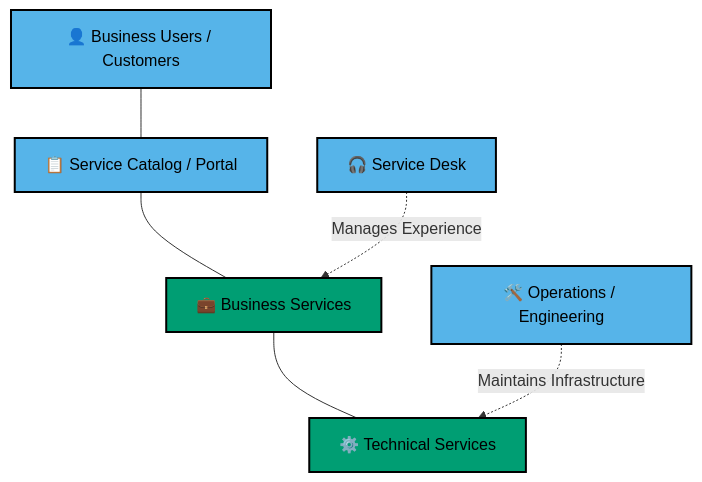
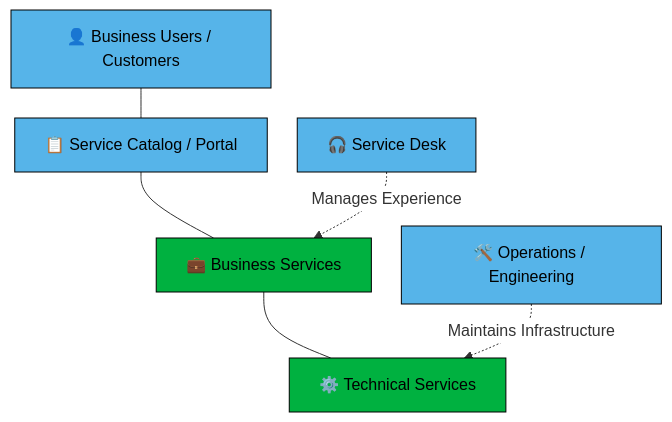
One commit to Hornbill-Docs/servicemanager-user-guide changed the diagram in servicemanager-user-guide/service-portfolio/services/overview.md. Above: the diagram before and after it, drawn with Mermaid. The commit also changed other lines of this file and 1 other file, not shown here.

Commit message:
Services overview
Improvements to colours and sizing of the mermaid diagram.

````diff
--- a/servicemanager-user-guide/service-portfolio/services/overview.md
+++ b/servicemanager-user-guide/service-portfolio/services/overview.md
@@ -23,33 +9,34 @@
 ```mermaid
+%%{init: {'flowchart': {'nodeSpacing': 30, 'rankSpacing': 30}, 'themeVariables': { 'edgeLabelBackground': '#ffffff' }}}%%
 graph TD
     %% User Layer
-    CU["👤 Business Users / Customers"]
+    CU["`👤 Business Users / Customers`"]
 
     %% Access Layer
-    SC["📋 Service Catalog / Portal"]
+    SC["`📋 Service Catalog / Portal`"]
 
     %% Service Layer
-    BS["💼 Business Services"]
-    TS["⚙️ Technical Services"]
+    BS["`💼 Business Services`"]
+    TS["`⚙️ Technical Services`"]
 
     %% Support Layer
-    ST["🎧 Service Desk"]
-    OT["🛠️ Operations / Engineering"]
+    ST["`🎧 Service Desk`"]
+    OT["`🛠️ Operations / Engineering`"]
 
     %% Relationships
     CU --- SC
     SC --- BS
     BS --- TS
     
     ST -.->|Manages Experience| BS
     OT -.->|Maintains Infrastructure| TS
     
     %% Accessibility-focused Styling (Pure Black Text #000)
-    style CU fill:#56B4E9,stroke:#000,stroke-width:2px,color:#000
-    style SC fill:#56B4E9,stroke:#000,stroke-width:2px,color:#000
-    style BS fill:#009E73,stroke:#000,stroke-width:2px,color:#000
-    style TS fill:#009E73,stroke:#000,stroke-width:2px,color:#000
-    style ST fill:#56B4E9,stroke:#000,stroke-width:2px,color:#000
-    style OT fill:#56B4E9,stroke:#000,stroke-width:2px,color:#000
+    style CU fill:#56B4E9,stroke:#000,stroke-width:1px,color:#000
+    style SC fill:#56B4E9,stroke:#000,stroke-width:1px,color:#000
+    style BS fill:#00B140,stroke:#000,stroke-width:1px,color:#000
+    style TS fill:#00B140,stroke:#000,stroke-width:1px,color:#000
+    style ST fill:#56B4E9,stroke:#000,stroke-width:1px,color:#000
+    style OT fill:#56B4E9,stroke:#000,stroke-width:1px,color:#000
 
 ```
````
